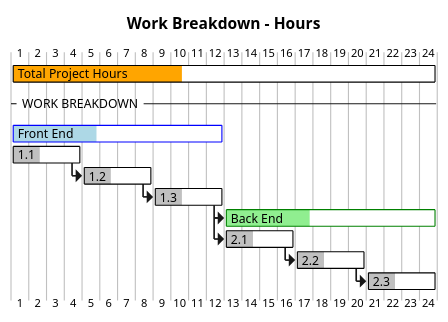
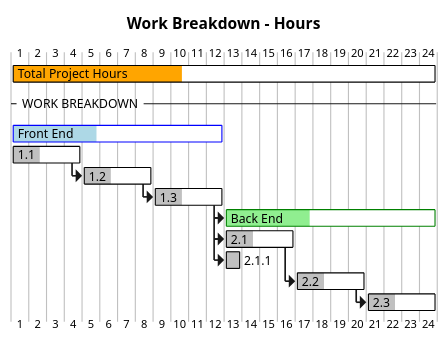
Before and after one commit to Miro-Stojanovic97/mirostoj-exercises-assessments: the second of 2 diagrams in week-05/DontWreckMyHouse/README.md, drawn with PlantUML. The commit also changed other lines of this file, not shown here.

````diff
--- a/week-05/DontWreckMyHouse/README.md
+++ b/week-05/DontWreckMyHouse/README.md
@@ -54,38 +92,41 @@
 ```plantuml
 @startgantt
 title Work Breakdown - Hours
 
 /' Days in Gantt format below = Hours in project IRL '/
 
 [Total Project Hours] lasts 24 days
 [Total Project Hours] is colored in orange/black
 [Total Project Hours] is 40% complete
 --WORK BREAKDOWN --
 [Front End] lasts 12 days
 [Front End] is colored in lightblue/blue
 [Front End] is 40% complete
     [1.1] lasts 4 days
         [1.1] is colored in silver/black
         [1.1] is 40% completed
     [1.2] starts at [1.1]'s end and lasts 4 days
         [1.2] is colored in silver/black
         [1.2] is 40% completed
     [1.3] starts at [1.2]'s end and lasts 4 days
         [1.3] is colored in silver/black
         [1.3] is 40% completed
     
 [Back End] starts at [1.3]'s end and lasts 12 days
 [Back End] is colored in lightgreen/green
 [Back End] is 40% completed
     [2.1] starts at [Back End]'s start and lasts 4 days
         [2.1] is colored in silver/black
         [2.1] is 40% complete
+        [2.1.1] starts at [2.1]'s start and lasts 1 days
+        [2.1.1] is colored in silver/black
+        [2.1.1] is 100% complete
     [2.2] starts at [2.1]'s end and lasts 4 days
         [2.2] is colored in silver/black
         [2.2] is 40% complete
     [2.3] starts at [2.2]'s end and lasts 4 days
         [2.3] is colored in silver/black
         [2.3] is 40% complete
 
 @endgantt
 ```
````
